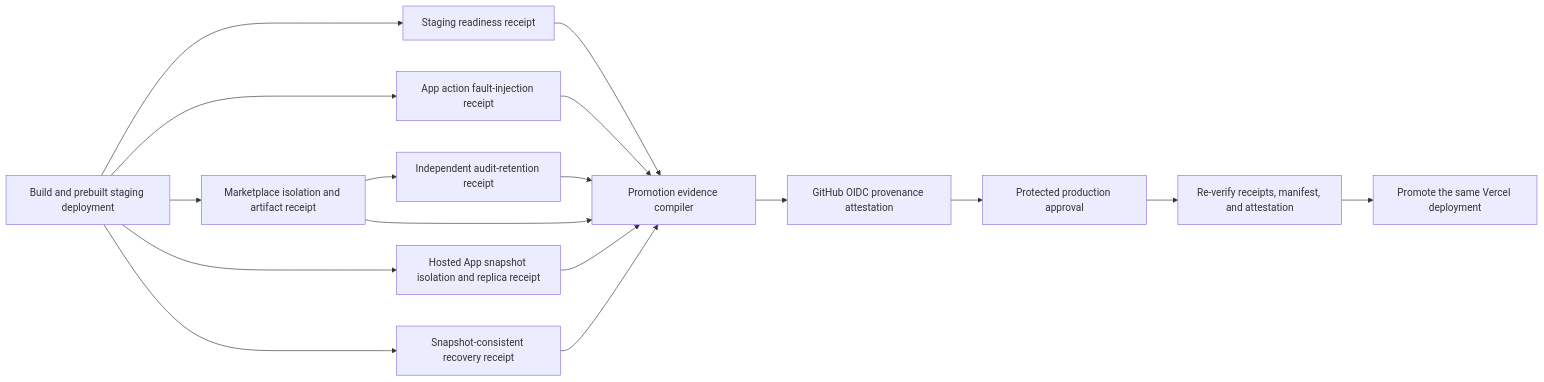
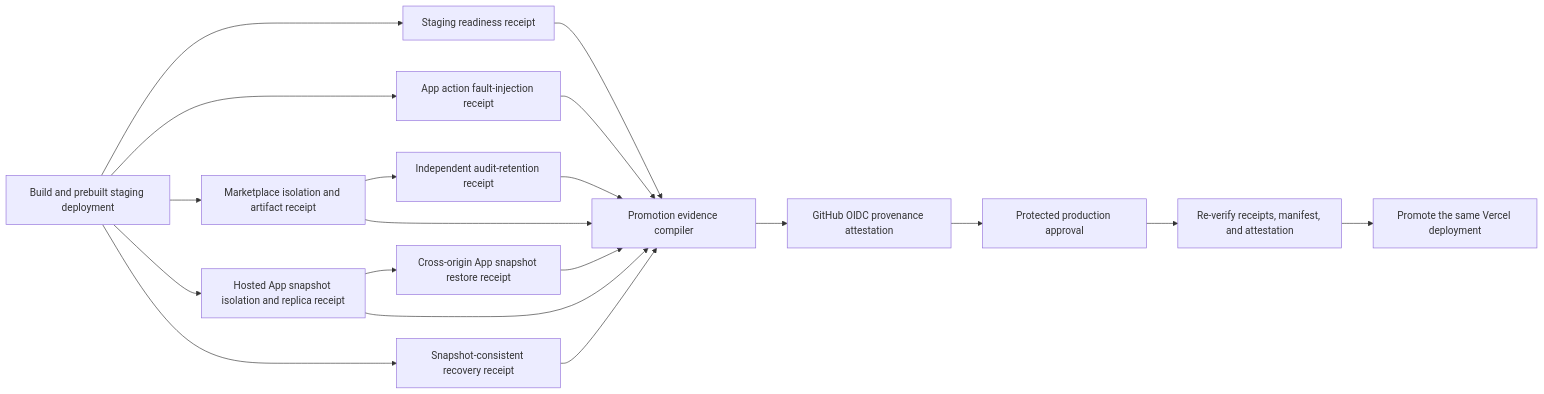
Before and after one commit to mrrkrieg/loopgraph: the diagram in docs/PRODUCTION-PROMOTION-EVIDENCE.md, drawn with Mermaid. The commit also changed other lines of this file and 17 other files, not shown here.

Commit message:
Prove hosted App snapshot recovery

````diff
--- a/docs/PRODUCTION-PROMOTION-EVIDENCE.md
+++ b/docs/PRODUCTION-PROMOTION-EVIDENCE.md
@@ -8,19 +8,21 @@
 ```mermaid
 flowchart LR
   V["Build and prebuilt staging deployment"] --> S["Staging readiness receipt"]
   V --> F["App action fault-injection receipt"]
   V --> M["Marketplace isolation and artifact receipt"]
   V --> H["Hosted App snapshot isolation and replica receipt"]
+  H --> B["Cross-origin App snapshot restore receipt"]
   V --> R["Snapshot-consistent recovery receipt"]
   M --> A["Independent audit-retention receipt"]
   S --> E["Promotion evidence compiler"]
   F --> E
   M --> E
   H --> E
+  B --> E
   R --> E
   A --> E
   E --> T["GitHub OIDC provenance attestation"]
   T --> P["Protected production approval"]
   P --> X["Re-verify receipts, manifest, and attestation"]
   X --> Y["Promote the same Vercel deployment"]
 ```
````
